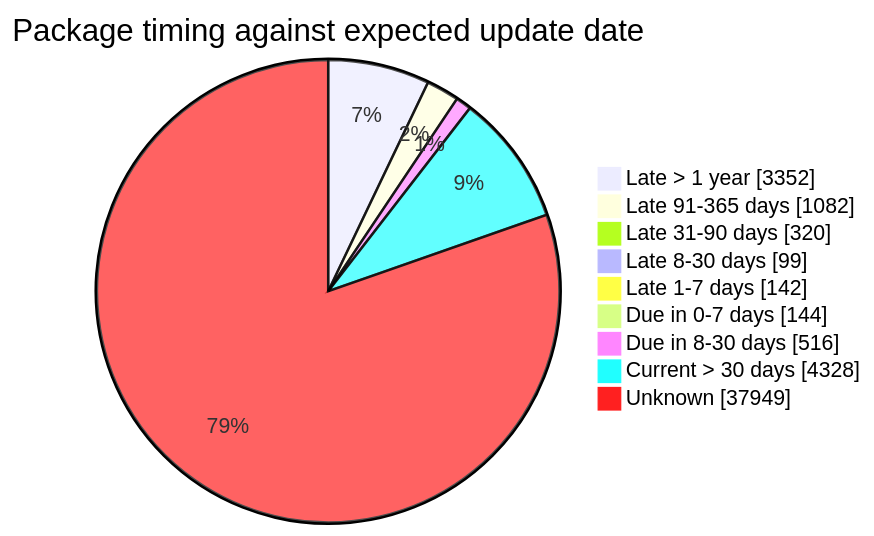
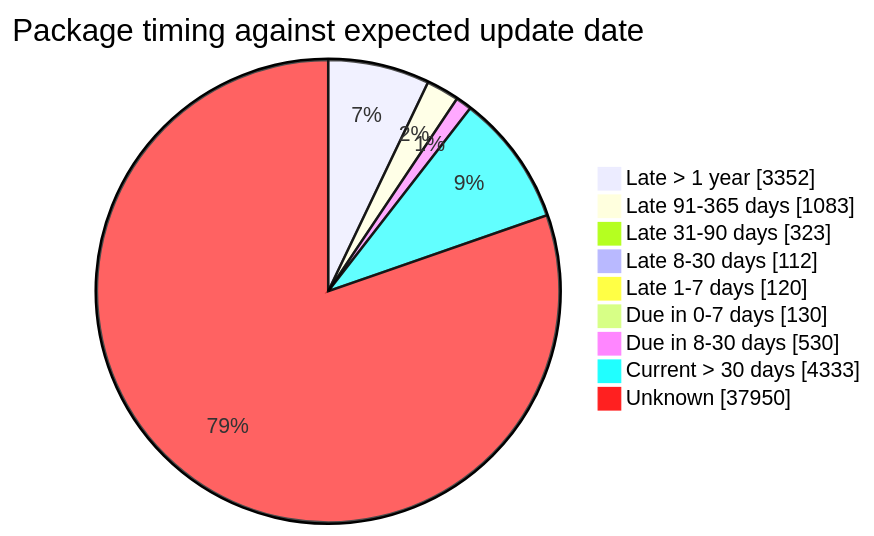
Before and after one commit to open-data/analytics-corporate-reporting: the fourth of 5 diagrams in FreshCheck/README.md, drawn with Mermaid. The commit also changed other lines of this file and 3 other files, not shown here.

````diff
--- a/FreshCheck/README.md
+++ b/FreshCheck/README.md
@@ -86,12 +86,12 @@
 ```mermaid
 pie showData title Package timing against expected update date
     "Late > 1 year": 3352
-    "Late 91-365 days": 1082
-    "Late 31-90 days": 320
-    "Late 8-30 days": 99
-    "Late 1-7 days": 142
-    "Due in 0-7 days": 144
-    "Due in 8-30 days": 516
-    "Current > 30 days": 4328
-    "Unknown": 37949
+    "Late 91-365 days": 1083
+    "Late 31-90 days": 323
+    "Late 8-30 days": 112
+    "Late 1-7 days": 120
+    "Due in 0-7 days": 130
+    "Due in 8-30 days": 530
+    "Current > 30 days": 4333
+    "Unknown": 37950
 ```
````
